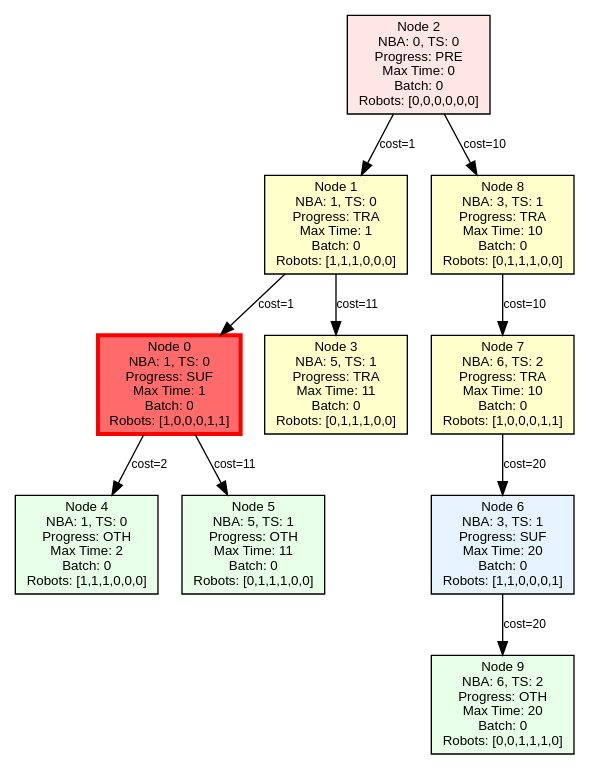
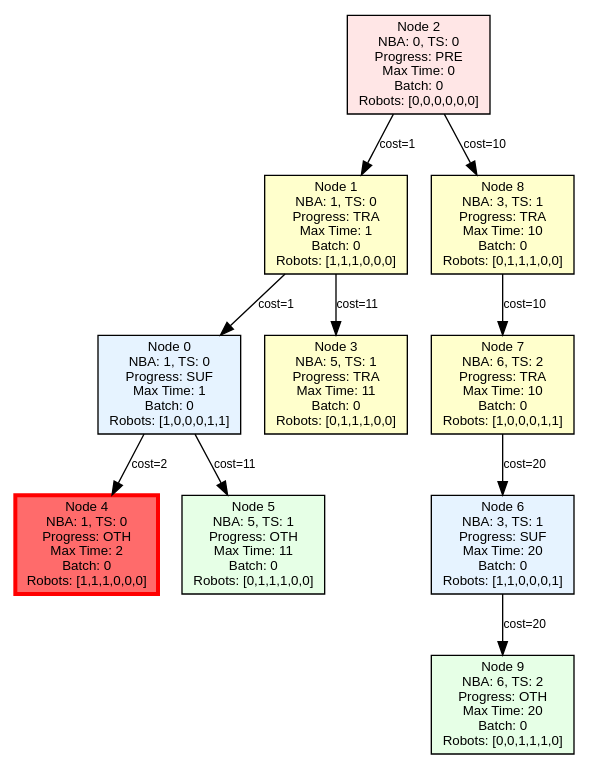
The diagram in Task Batch Planning Decision Tree/output/infinite_test_3_tree.dot (jrourke48/HMRTA_TS_GENERATION), drawn with Graphviz before and after one commit. The commit also changed 44 other files, not shown here.

```diff
--- a/Task Batch Planning Decision Tree/output/infinite_test_3_tree.dot
+++ b/Task Batch Planning Decision Tree/output/infinite_test_3_tree.dot
@@ -1,26 +1,26 @@
 digraph PlanningTree {
   rankdir=TB;
   node [shape=box, style=filled, fontname=Arial, fontsize=10];
   edge [fontname=Arial, fontsize=9];
 
-  node_0 [label="Node 0\nNBA: 1, TS: 0\nProgress: SUF\nMax Time: 1\nBatch: 0\nRobots: [1,0,0,0,1,1]", fillcolor="#FF6B6B", penwidth=3, color=red];
+  node_0 [label="Node 0\nNBA: 1, TS: 0\nProgress: SUF\nMax Time: 1\nBatch: 0\nRobots: [1,0,0,0,1,1]", fillcolor="#E6F3FF"];
   node_1 [label="Node 1\nNBA: 1, TS: 0\nProgress: TRA\nMax Time: 1\nBatch: 0\nRobots: [1,1,1,0,0,0]", fillcolor="#FFFFCC"];
   node_2 [label="Node 2\nNBA: 0, TS: 0\nProgress: PRE\nMax Time: 0\nBatch: 0\nRobots: [0,0,0,0,0,0]", fillcolor="#FFE6E6"];
   node_3 [label="Node 3\nNBA: 5, TS: 1\nProgress: TRA\nMax Time: 11\nBatch: 0\nRobots: [0,1,1,1,0,0]", fillcolor="#FFFFCC"];
-  node_4 [label="Node 4\nNBA: 1, TS: 0\nProgress: OTH\nMax Time: 2\nBatch: 0\nRobots: [1,1,1,0,0,0]", fillcolor="#E6FFE6"];
+  node_4 [label="Node 4\nNBA: 1, TS: 0\nProgress: OTH\nMax Time: 2\nBatch: 0\nRobots: [1,1,1,0,0,0]", fillcolor="#FF6B6B", penwidth=3, color=red];
   node_5 [label="Node 5\nNBA: 5, TS: 1\nProgress: OTH\nMax Time: 11\nBatch: 0\nRobots: [0,1,1,1,0,0]", fillcolor="#E6FFE6"];
   node_6 [label="Node 6\nNBA: 3, TS: 1\nProgress: SUF\nMax Time: 20\nBatch: 0\nRobots: [1,1,0,0,0,1]", fillcolor="#E6F3FF"];
   node_7 [label="Node 7\nNBA: 6, TS: 2\nProgress: TRA\nMax Time: 10\nBatch: 0\nRobots: [1,0,0,0,1,1]", fillcolor="#FFFFCC"];
   node_8 [label="Node 8\nNBA: 3, TS: 1\nProgress: TRA\nMax Time: 10\nBatch: 0\nRobots: [0,1,1,1,0,0]", fillcolor="#FFFFCC"];
   node_9 [label="Node 9\nNBA: 6, TS: 2\nProgress: OTH\nMax Time: 20\nBatch: 0\nRobots: [0,0,1,1,1,0]", fillcolor="#E6FFE6"];
 
   node_0 -> node_4 [label="cost=2"];
   node_0 -> node_5 [label="cost=11"];
   node_1 -> node_0 [label="cost=1"];
   node_1 -> node_3 [label="cost=11"];
   node_2 -> node_1 [label="cost=1"];
   node_2 -> node_8 [label="cost=10"];
   node_6 -> node_9 [label="cost=20"];
   node_7 -> node_6 [label="cost=20"];
   node_8 -> node_7 [label="cost=10"];
 }
```
